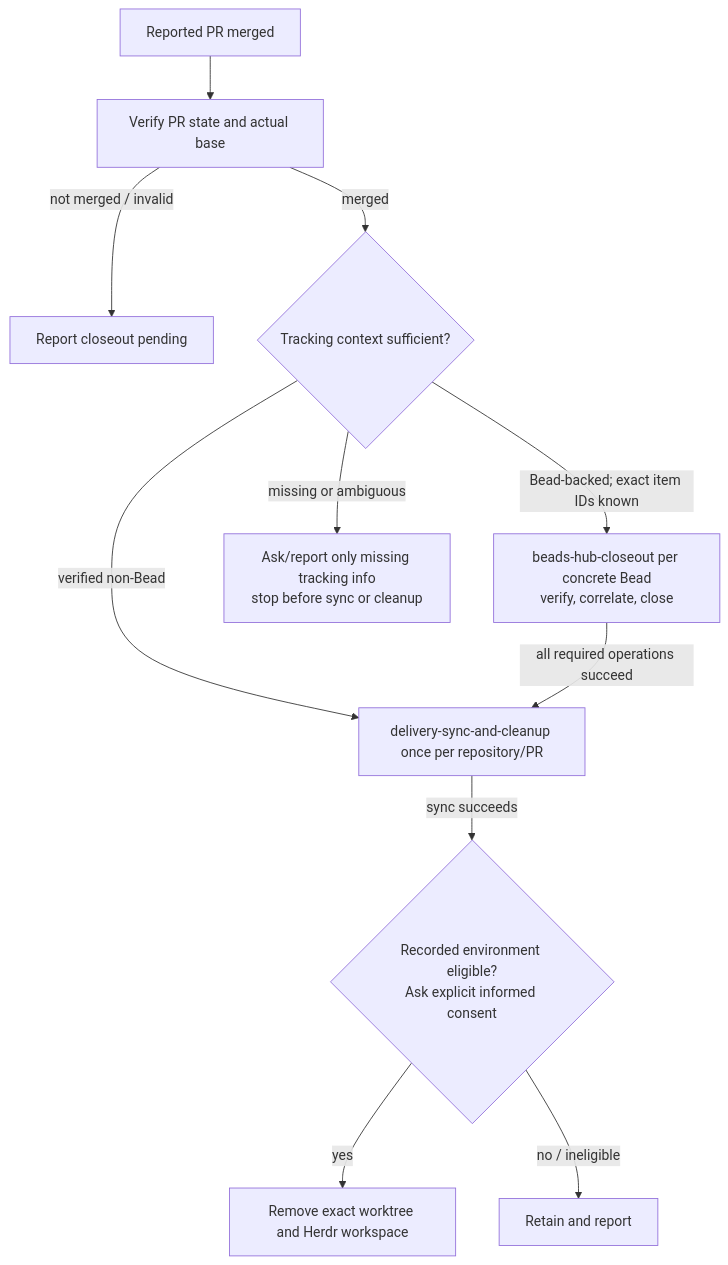
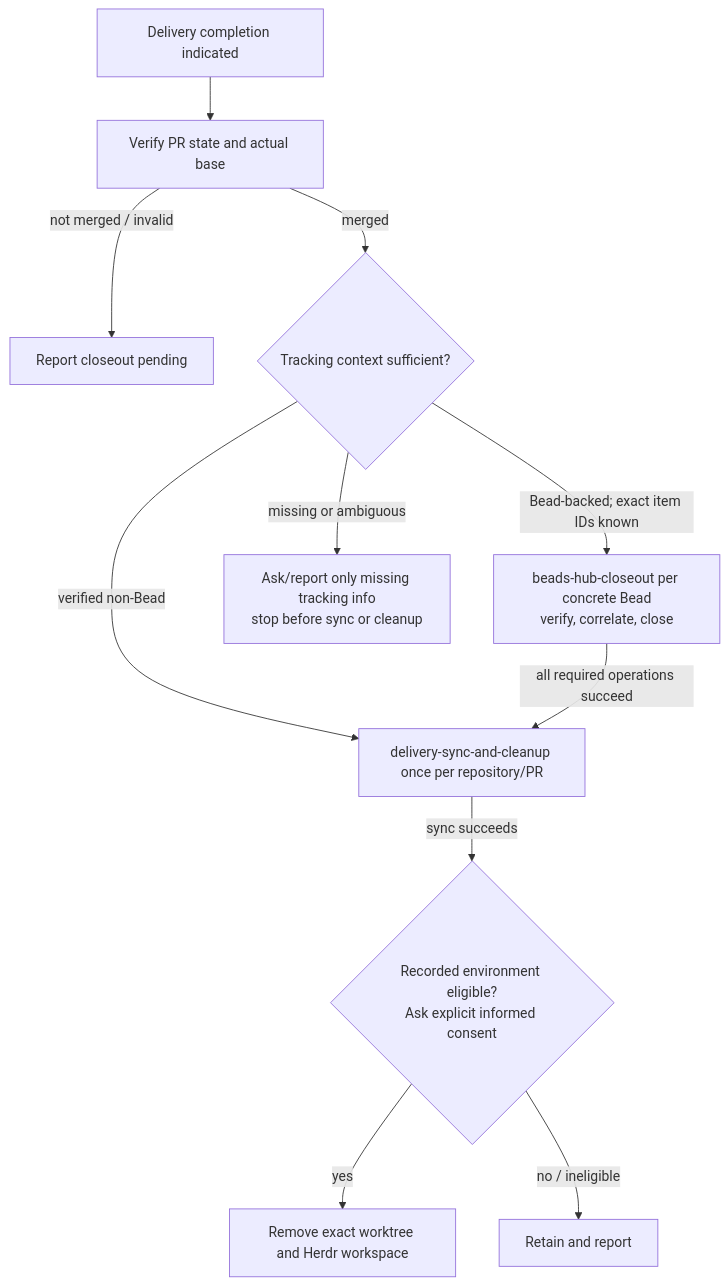
The diagram in dot_config/opencode/skills/delivery-closeout-router/SKILL.md (Angel-O/dotfiles), drawn with Mermaid before and after one commit. The commit also changed other lines of this file and 4 other files, not shown here.

````diff
--- a/dot_config/opencode/skills/delivery-closeout-router/SKILL.md
+++ b/dot_config/opencode/skills/delivery-closeout-router/SKILL.md
@@ -23,13 +24,13 @@
 ```mermaid
 flowchart TD
-  R["Reported PR merged"] --> V["Verify PR state and actual base"]
+  R["Delivery completion indicated"] --> V["Verify PR state and actual base"]
   V -->|not merged / invalid| P["Report closeout pending"]
   V -->|merged| T{"Tracking context sufficient?"}
   T -->|Bead-backed; exact item IDs known| H["beads-hub-closeout per concrete Bead<br/>verify, correlate, close"]
   T -->|verified non-Bead| S["delivery-sync-and-cleanup once per repository/PR"]
   T -->|missing or ambiguous| Q["Ask/report only missing tracking info<br/>stop before sync or cleanup"]
   H -->|all required operations succeed| S
   S -->|sync succeeds| C{"Recorded environment eligible?<br/>Ask explicit informed consent"}
   C -->|yes| X["Remove exact worktree and Herdr workspace"]
   C -->|no / ineligible| K["Retain and report"]
 ```
````
